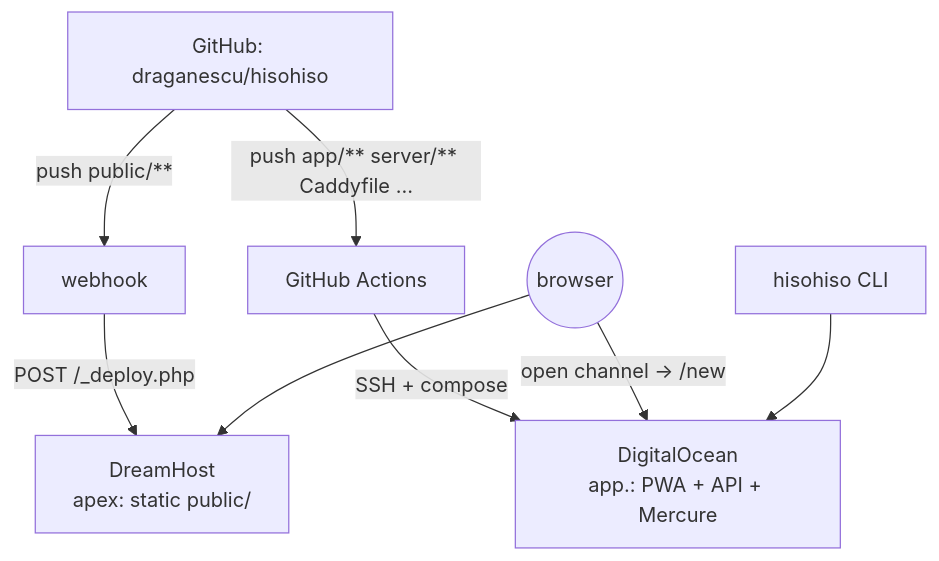
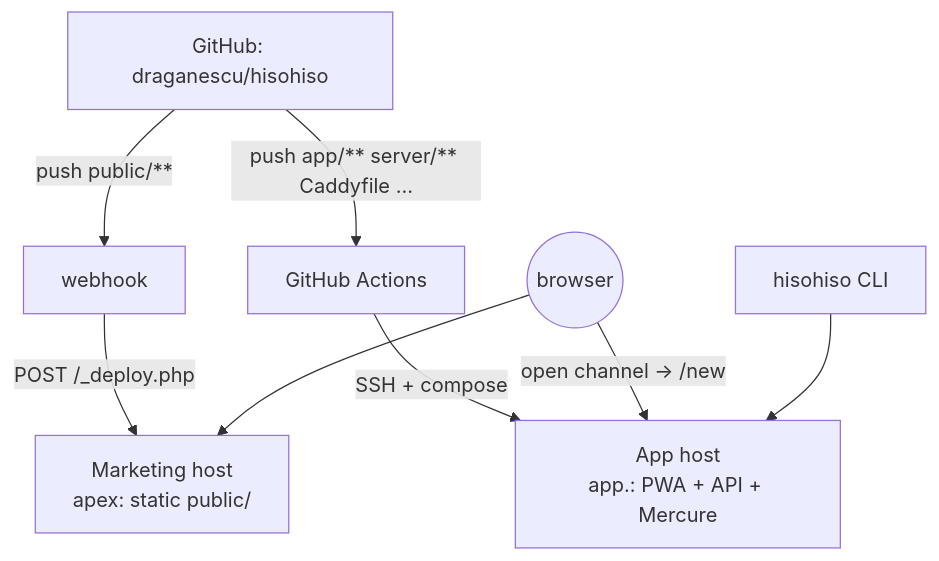
Before and after one commit to draganescu/hisohiso: the diagram in docs/split-hosting.md, drawn with Mermaid. The commit also changed other lines of this file and 9 other files, not shown here.

````diff
--- a/docs/split-hosting.md
+++ b/docs/split-hosting.md
@@ -15,10 +16,10 @@
 ```mermaid
 flowchart TB
     GH[GitHub: draganescu/hisohiso] -- push public/** --> WH[webhook]
     GH -- "push app/** server/** Caddyfile …" --> GA[GitHub Actions]
-    WH -- POST /_deploy.php --> DH[DreamHost\napex: static public/]
-    GA -- SSH + compose --> DO[DigitalOcean\napp.: PWA + API + Mercure]
-    USER((browser)) --> DH
-    USER -- "open channel → /new" --> DO
-    CLI[hisohiso CLI] --> DO
+    WH -- POST /_deploy.php --> MKT[Marketing host\napex: static public/]
+    GA -- SSH + compose --> APP[App host\napp.: PWA + API + Mercure]
+    USER((browser)) --> MKT
+    USER -- "open channel → /new" --> APP
+    CLI[hisohiso CLI] --> APP
 ```
````
